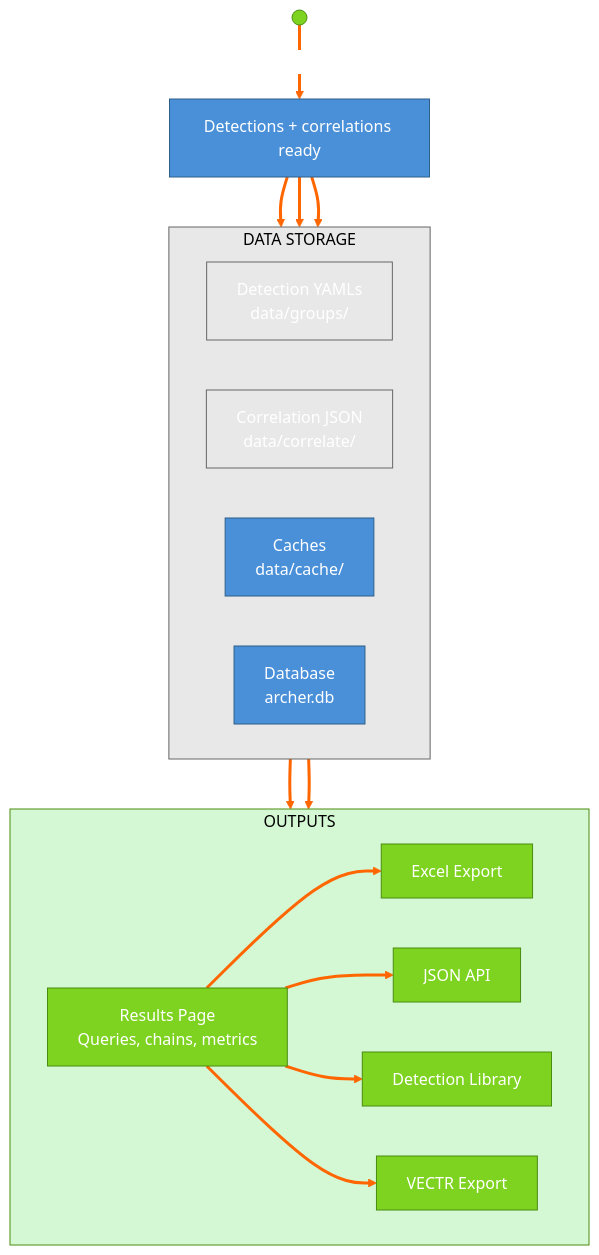
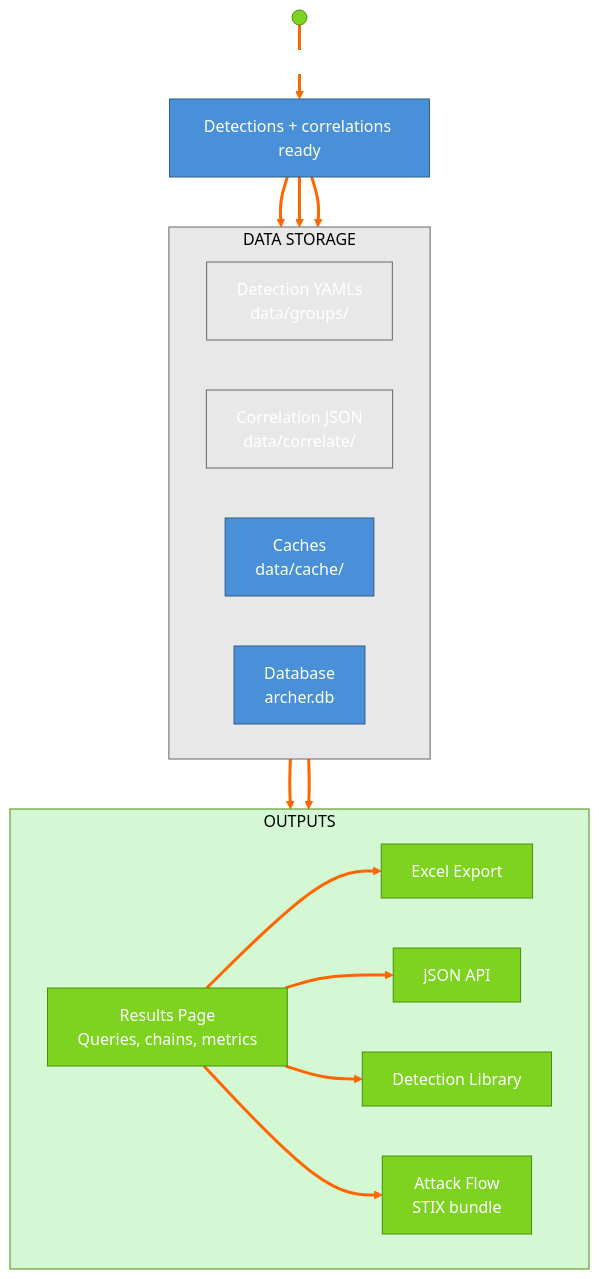
One commit to cmdaltr/shikari changed the third of 13 diagrams in docs/architecture/mermaid/MERMAID_DIAGRAMS.md. Above: the diagram before and after it, drawn with Mermaid. The commit also changed other lines of this file and 61 other files, not shown here.

````diff
--- a/docs/architecture/mermaid/MERMAID_DIAGRAMS.md
+++ b/docs/architecture/mermaid/MERMAID_DIAGRAMS.md
@@ -157,40 +155,40 @@
 ```mermaid
 %%{init: {'theme': 'base', 'themeVariables': {'lineColor': '#ff6600', 'edgeLabelBackground': '#ffffff', 'primaryColor': '#4a90d9', 'primaryTextColor': '#ffffff', 'primaryBorderColor': '#2c5f8a', 'secondaryColor': '#e8e8e8', 'tertiaryColor': '#f5f5f5', 'clusterBkg': '#f0f0f0', 'clusterBorder': '#999999', 'titleColor': '#000000', 'nodeTextColor': '#000000', 'background': '#ffffff'}}}%%
 flowchart TD
     FROM_B((" ")) ==>|"From Part B"| READY["Detections + correlations ready"]
 
     subgraph STORAGE ["DATA STORAGE"]
         direction LR
         YAMLS["Detection YAMLs<br/>data/groups/"]
         CORR_F["Correlation JSON<br/>data/correlate/"]
         CACHE["Caches<br/>data/cache/"]
         DB["Database<br/>archer.db"]
     end
 
     subgraph OUTPUTS ["OUTPUTS"]
         direction LR
         RESULTS["Results Page<br/>Queries, chains, metrics"]
         XLSX["Excel Export"]
-        VECTR_O["VECTR Export"]
+        FLOW_O["Attack Flow<br/>STIX bundle"]
         JSON_O["JSON API"]
         LIBRARY["Detection Library"]
     end
 
     READY --> YAMLS & CORR_F
     READY --> CACHE
     YAMLS & CORR_F --> RESULTS
     RESULTS --> XLSX & JSON_O & LIBRARY
-    RESULTS --> VECTR_O
+    RESULTS --> FLOW_O
 
     style FROM_B fill:#7ed321,stroke:#4a8c0f,color:#fff
     style STORAGE fill:#e8e8e8,stroke:#666
     style OUTPUTS fill:#d4f8d4,stroke:#4a8c0f
     style RESULTS fill:#7ed321,stroke:#4a8c0f,color:#fff
     style XLSX fill:#7ed321,stroke:#4a8c0f,color:#fff
-    style VECTR_O fill:#7ed321,stroke:#4a8c0f,color:#fff
+    style FLOW_O fill:#7ed321,stroke:#4a8c0f,color:#fff
     style JSON_O fill:#7ed321,stroke:#4a8c0f,color:#fff
     style LIBRARY fill:#7ed321,stroke:#4a8c0f,color:#fff
     style YAMLS fill:#e8e8e8,stroke:#666
     style CORR_F fill:#e8e8e8,stroke:#666
     linkStyle default stroke:#ff6600,stroke-width:3px
 ```
````
